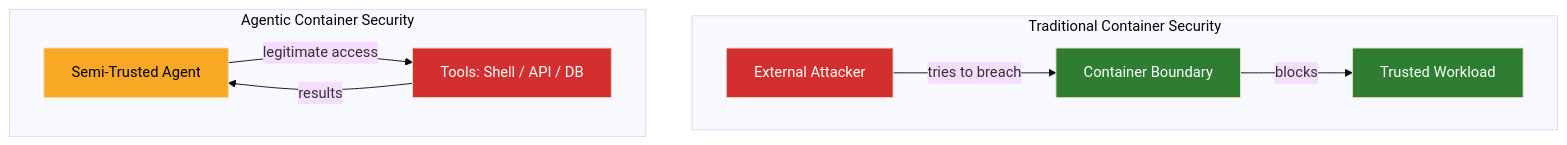
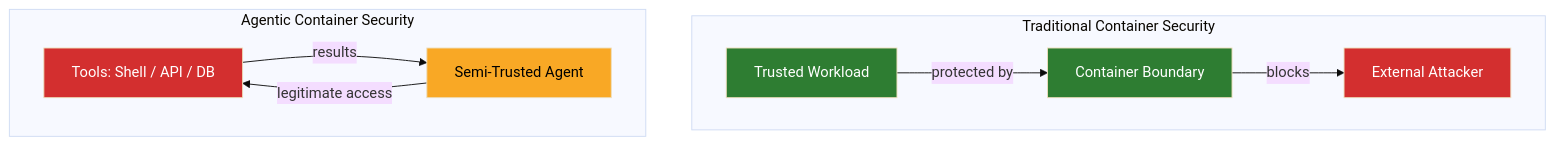
Before and after one commit to bdauer/working-with-machines: the first of 3 diagrams in security-gaps.md, drawn with Mermaid (base theme). The commit also changed other lines of this file, not shown here.

First line of the commit message:
Fix diagram flow direction and add color coding

````diff
--- a/security-gaps.md
+++ b/security-gaps.md
@@ -16,18 +16,18 @@
 ```mermaid
 flowchart TB
     subgraph Traditional["Traditional Container Security"]
         direction LR
-        A1[External Attacker]:::threat -->|"tries to breach"| A2[Container Boundary]:::safe
-        A2 -->|"blocks"| A3[Trusted Workload]:::safe
+        A3[Trusted Workload]:::safe -->|"protected by"| A2[Container Boundary]:::safe
+        A2 -->|"blocks"| A1[External Attacker]:::threat
     end
 
     subgraph Agentic["Agentic Container Security"]
         direction LR
-        B1[Semi-Trusted Agent]:::warning -->|"legitimate access"| B2[Tools: Shell / API / DB]:::threat
-        B2 -->|"results"| B1
+        B2[Tools: Shell / API / DB]:::threat -->|"results"| B1[Semi-Trusted Agent]:::warning
+        B1 -->|"legitimate access"| B2
     end
 
     classDef threat fill:#d32f2f,color:#fff
     classDef safe fill:#2e7d32,color:#fff
     classDef warning fill:#f9a825,color:#000
 ```
````
